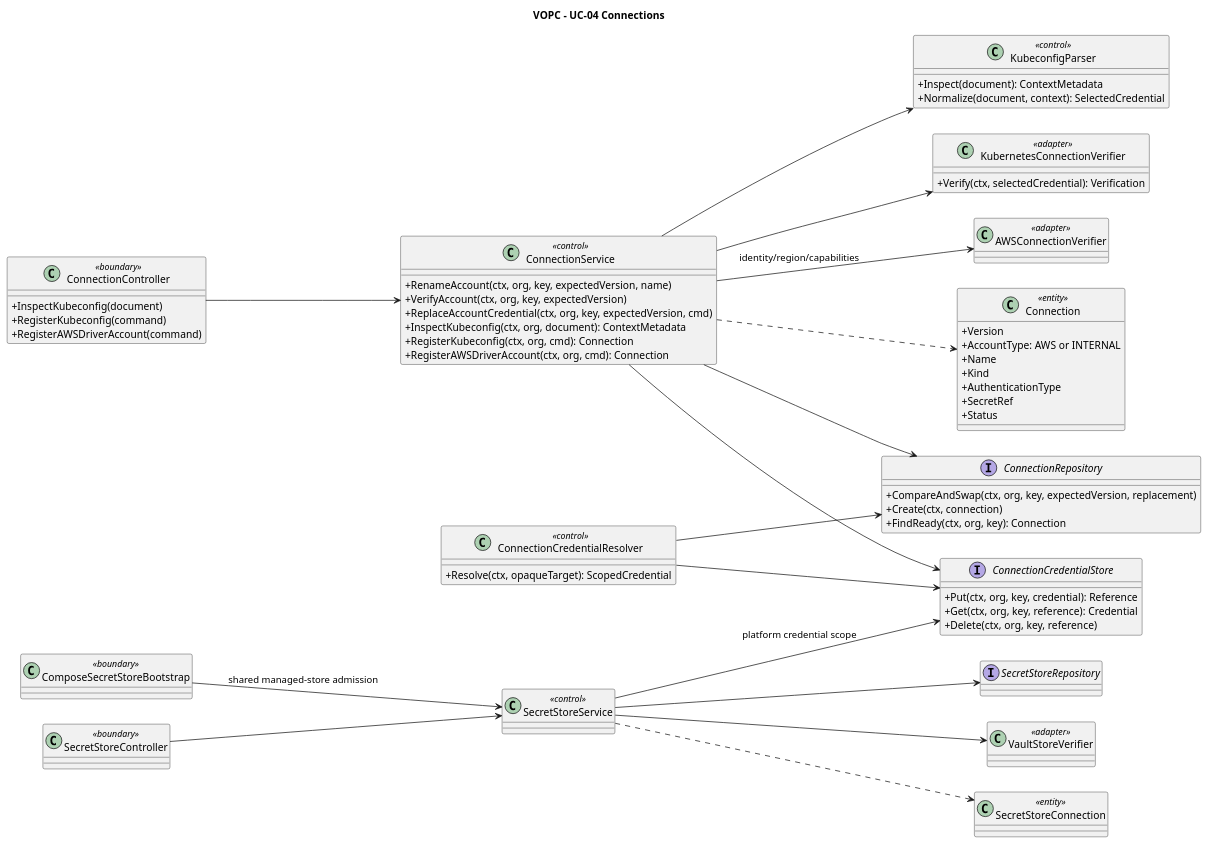
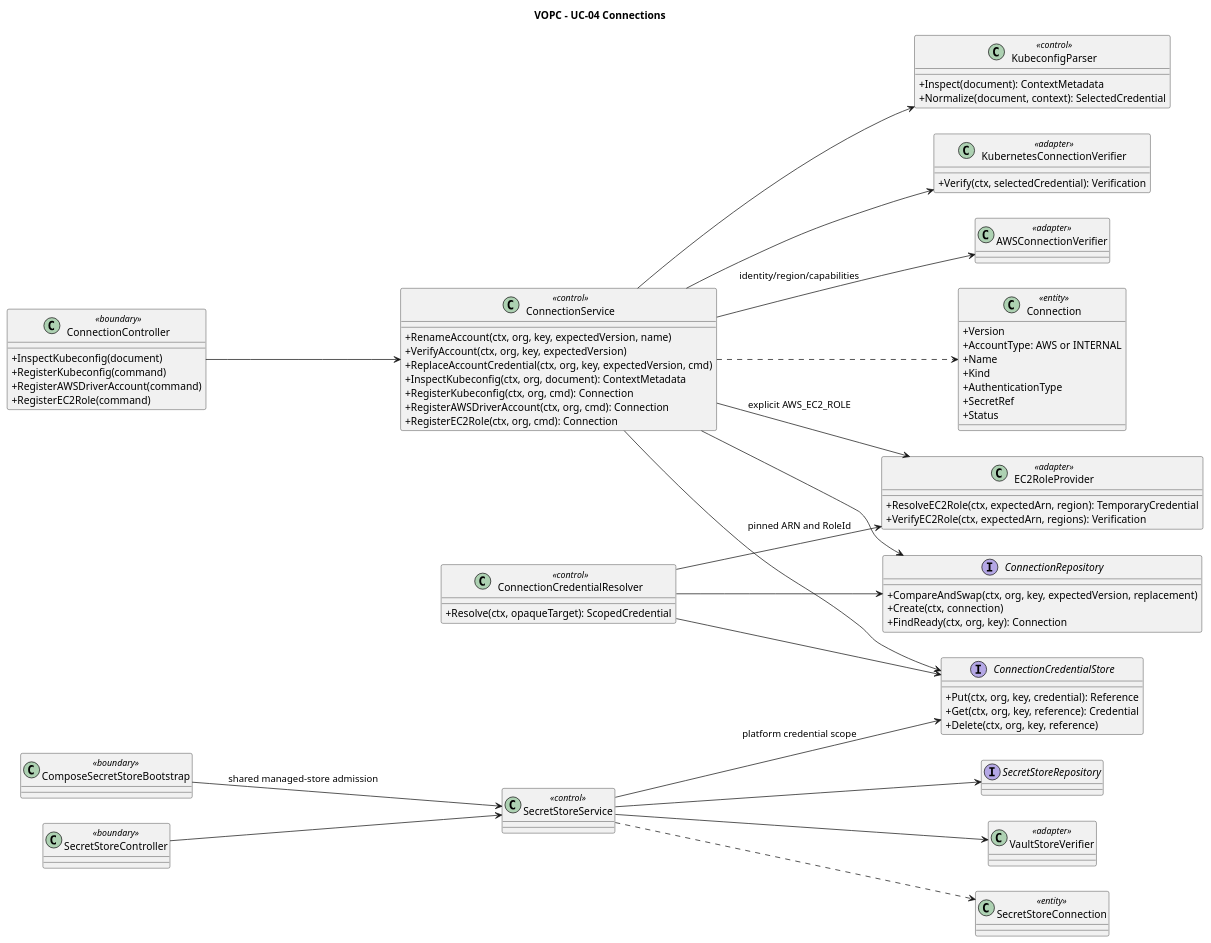
Before and after one commit to pr3s3nt/poc: the diagram in orchestrator_docs/usecase/UC-04/vopc.puml, drawn with PlantUML. The commit also changed 62 other files, not shown here.

```diff
--- a/orchestrator_docs/usecase/UC-04/vopc.puml
+++ b/orchestrator_docs/usecase/UC-04/vopc.puml
@@ -1,69 +1,77 @@
 @startuml
 title VOPC - UC-04 Connections
 left to right direction
 skinparam classAttributeIconSize 0
 class ConnectionController <<boundary>> {
   +InspectKubeconfig(document)
   +RegisterKubeconfig(command)
   +RegisterAWSDriverAccount(command)
+  +RegisterEC2Role(command)
 }
 class ConnectionService <<control>> {
   +RenameAccount(ctx, org, key, expectedVersion, name)
   +VerifyAccount(ctx, org, key, expectedVersion)
   +ReplaceAccountCredential(ctx, org, key, expectedVersion, cmd)
   +InspectKubeconfig(ctx, org, document): ContextMetadata
   +RegisterKubeconfig(ctx, org, cmd): Connection
   +RegisterAWSDriverAccount(ctx, org, cmd): Connection
+  +RegisterEC2Role(ctx, org, cmd): Connection
 }
 class KubeconfigParser <<control>> {
   +Inspect(document): ContextMetadata
   +Normalize(document, context): SelectedCredential
 }
 class KubernetesConnectionVerifier <<adapter>> {
   +Verify(ctx, selectedCredential): Verification
 }
 class AWSConnectionVerifier <<adapter>>
 class Connection <<entity>> {
   +Version
   +AccountType: AWS or INTERNAL
   +Name
   +Kind
   +AuthenticationType
   +SecretRef
   +Status
 }
 interface ConnectionCredentialStore {
   +Put(ctx, org, key, credential): Reference
   +Get(ctx, org, key, reference): Credential
   +Delete(ctx, org, key, reference)
 }
 interface ConnectionRepository {
   +CompareAndSwap(ctx, org, key, expectedVersion, replacement)
   +Create(ctx, connection)
   +FindReady(ctx, org, key): Connection
 }
 class ConnectionCredentialResolver <<control>> {
   +Resolve(ctx, opaqueTarget): ScopedCredential
 }
 ConnectionController --> ConnectionService
 ConnectionService --> KubeconfigParser
 ConnectionService --> ConnectionCredentialStore
 ConnectionService --> ConnectionRepository
 ConnectionService --> KubernetesConnectionVerifier
 ConnectionService --> AWSConnectionVerifier : identity/region/capabilities
 ConnectionService ..> Connection
 ConnectionCredentialResolver --> ConnectionRepository
 ConnectionCredentialResolver --> ConnectionCredentialStore
 class SecretStoreController <<boundary>>
 class SecretStoreService <<control>>
 class VaultStoreVerifier <<adapter>>
 class SecretStoreConnection <<entity>>
 interface SecretStoreRepository
 SecretStoreController --> SecretStoreService
 SecretStoreService --> VaultStoreVerifier
 SecretStoreService --> SecretStoreRepository
 SecretStoreService --> ConnectionCredentialStore : platform credential scope
 SecretStoreService ..> SecretStoreConnection
 class ComposeSecretStoreBootstrap <<boundary>>
 ComposeSecretStoreBootstrap --> SecretStoreService : shared managed-store admission
+class EC2RoleProvider <<adapter>> {
+  +ResolveEC2Role(ctx, expectedArn, region): TemporaryCredential
+  +VerifyEC2Role(ctx, expectedArn, regions): Verification
+}
+ConnectionService --> EC2RoleProvider : explicit AWS_EC2_ROLE
+ConnectionCredentialResolver --> EC2RoleProvider : pinned ARN and RoleId
 @enduml
```
